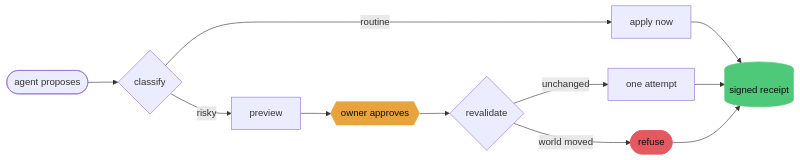
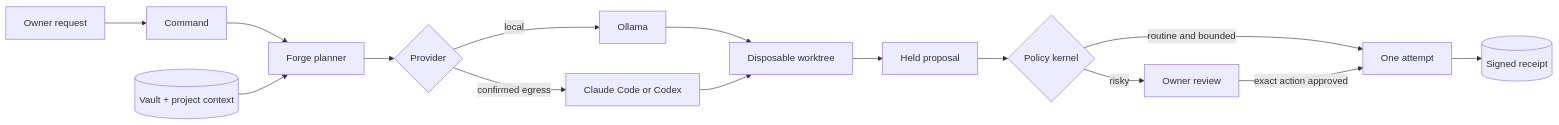
Before and after one commit to abheet19/Zeno: the diagram in README.md, drawn with Mermaid. The commit also changed other lines of this file and 21 other files, not shown here.

Commit message:
feat(agent): complete governed Command-to-Forge task flow

````diff
--- a/README.md
+++ b/README.md
@@ -140,17 +54,17 @@
 ```mermaid
 flowchart LR
-    A([agent proposes]) --> B{classify}
-    B -->|routine| C[apply now]
-    B -->|risky| D[preview]
-    D --> E{{owner approves}}
-    E --> F{revalidate}
-    F -->|world moved| G([refuse])
-    F -->|unchanged| H[one attempt]
-    C --> R[(signed receipt)]
-    H --> R
-    G --> R
-
-    style E fill:#e8a33d,stroke:#e8a33d,color:#0a0c0e
-    style G fill:#e5585f,stroke:#e5585f,color:#0a0c0e
-    style R fill:#4ec97a,stroke:#4ec97a,color:#0a0c0e
+    U[Owner request] --> C[Command]
+    C --> F[Forge planner]
+    V[(Vault + project context)] --> F
+    F --> M{Provider}
+    M -->|local| O[Ollama]
+    M -->|confirmed egress| H[Claude Code or Codex]
+    O --> W[Disposable worktree]
+    H --> W
+    W --> P[Held proposal]
+    P --> K{Policy kernel}
+    K -->|routine and bounded| E[One attempt]
+    K -->|risky| A[Owner review]
+    A -->|exact action approved| E
+    E --> R[(Signed receipt)]
 ```
````
